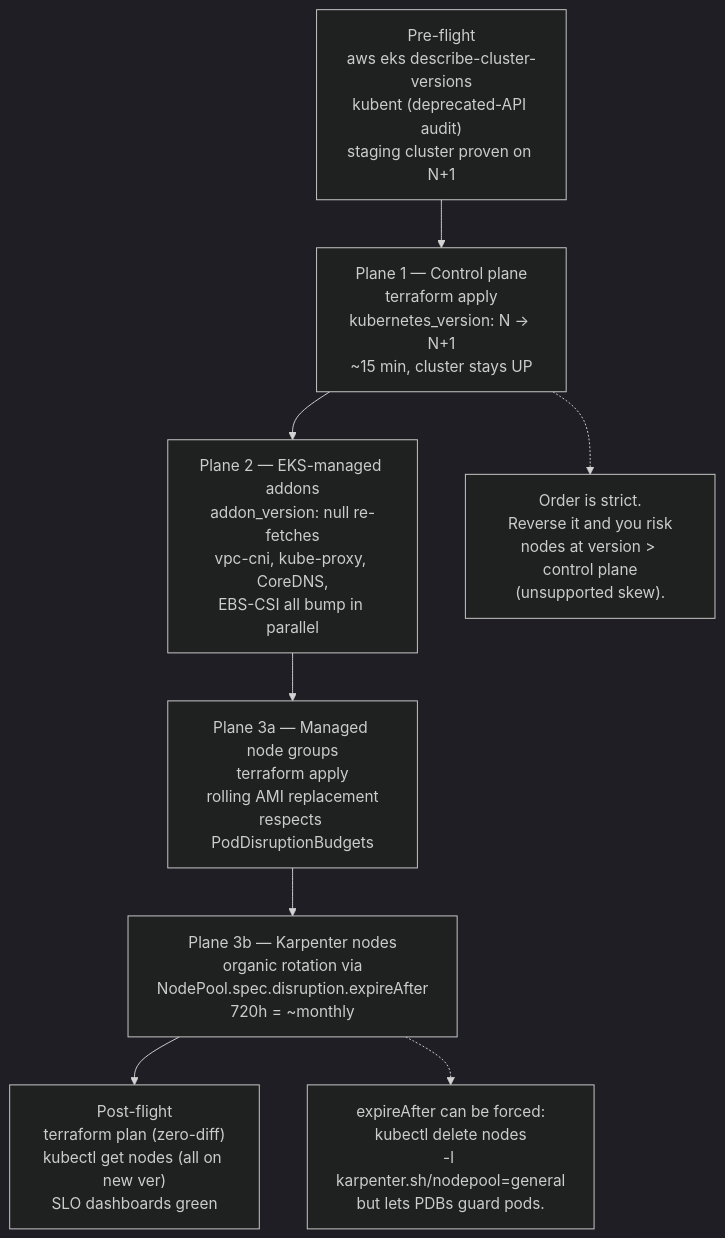
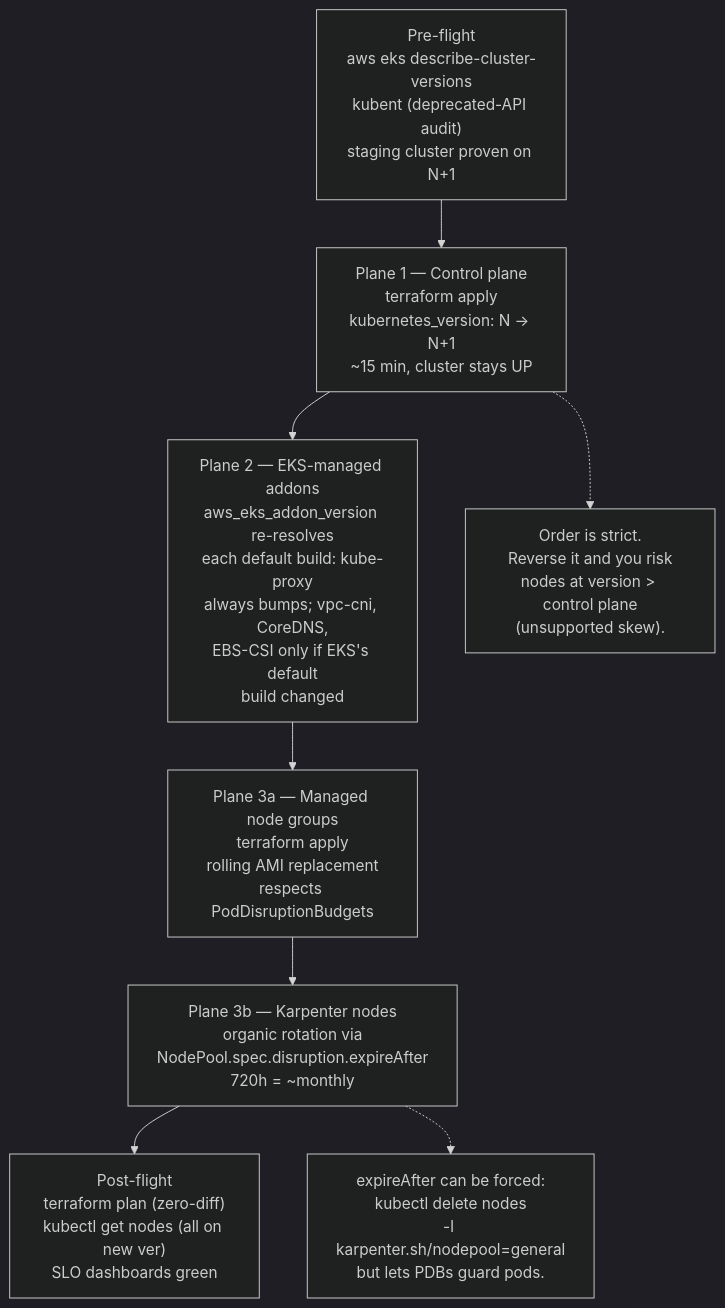
One commit to abd-ulbasit/bookstore-kubernetes-guide changed the diagram in full-guide/14-eks-in-production-a-to-z/02-eks-cluster-lifecycle.md. Above: the diagram before and after it, drawn with Mermaid (dark theme). The commit also changed other lines of this file and 56 other files, not shown here.

````diff
--- a/full-guide/14-eks-in-production-a-to-z/02-eks-cluster-lifecycle.md
+++ b/full-guide/14-eks-in-production-a-to-z/02-eks-cluster-lifecycle.md
@@ -165,17 +182,17 @@
 ```mermaid
 flowchart TB
     pre["Pre-flight<br/>aws eks describe-cluster-versions<br/>kubent (deprecated-API audit)<br/>staging cluster proven on N+1"]
     cp["Plane 1 — Control plane<br/>terraform apply<br/>kubernetes_version: N -> N+1<br/>~15 min, cluster stays UP"]
-    ad["Plane 2 — EKS-managed addons<br/>addon_version: null re-fetches<br/>vpc-cni, kube-proxy, CoreDNS,<br/>EBS-CSI all bump in parallel"]
+    ad["Plane 2 — EKS-managed addons<br/>aws_eks_addon_version re-resolves<br/>each default build: kube-proxy<br/>always bumps; vpc-cni, CoreDNS,<br/>EBS-CSI only if EKS's default<br/>build changed"]
     mn["Plane 3a — Managed node groups<br/>terraform apply<br/>rolling AMI replacement<br/>respects PodDisruptionBudgets"]
     kn["Plane 3b — Karpenter nodes<br/>organic rotation via<br/>NodePool.spec.disruption.expireAfter<br/>720h = ~monthly"]
     post["Post-flight<br/>terraform plan (zero-diff)<br/>kubectl get nodes (all on new ver)<br/>SLO dashboards green"]
 
     pre --> cp --> ad --> mn --> kn --> post
 
     note1["Order is strict.<br/>Reverse it and you risk<br/>nodes at version > control plane<br/>(unsupported skew)."]
     cp -.-> note1
 
     note2["expireAfter can be forced:<br/>kubectl delete nodes<br/>-l karpenter.sh/nodepool=general<br/>but lets PDBs guard pods."]
     kn -.-> note2
 ```
````
